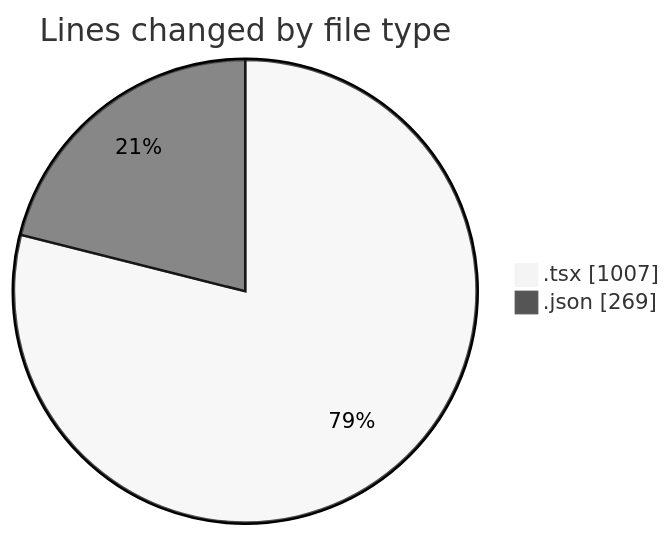
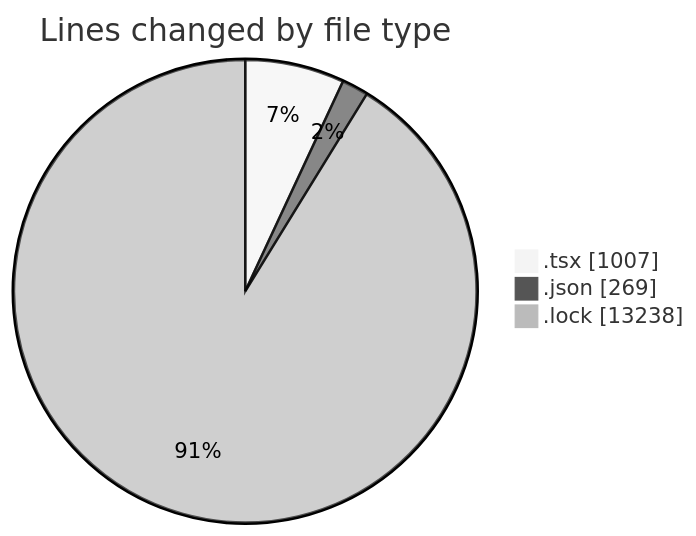
One commit to momahboobian/code-tracking changed the first of 2 diagrams in 2026-01-09/cda/README.md. Above: the diagram before and after it, drawn with Mermaid (neutral theme). The commit also changed other lines of this file and 1 other file, not shown here.

````diff
--- a/2026-01-09/cda/README.md
+++ b/2026-01-09/cda/README.md
@@ -23,6 +24,7 @@
 ```mermaid
 pie showData
 title Lines changed by file type
 ".tsx" : 1007
 ".json" : 269
+".lock" : 13238
 ```
````
